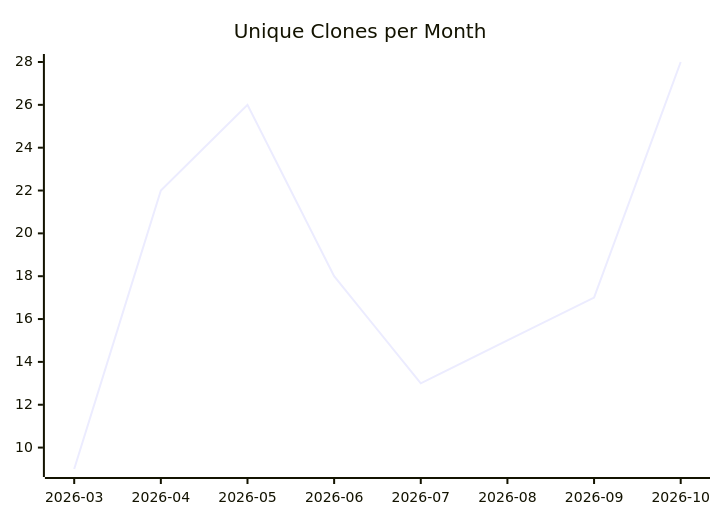
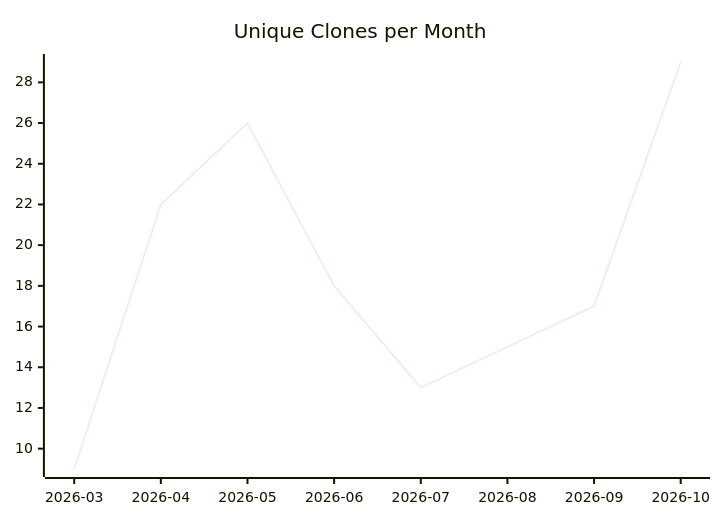
One commit to justdavis-family/github-analytics-data changed the third of 3 diagrams in karlmdavis/lego-ev3dev-rs/README.md. Above: the diagram before and after it, drawn with Mermaid. The commit also changed other lines of this file and 202 other files, not shown here.

````diff
--- a/karlmdavis/lego-ev3dev-rs/README.md
+++ b/karlmdavis/lego-ev3dev-rs/README.md
@@ -19,6 +19,6 @@
 ```mermaid
 xychart-beta
   title "Unique Clones per Month"
   x-axis ["2026-03", "2026-04", "2026-05", "2026-06", "2026-07", "2026-08", "2026-09", "2026-10"]
-  line [9, 22, 26, 18, 13, 15, 17, 28]
+  line [9, 22, 26, 18, 13, 15, 17, 29]
 ```
````
